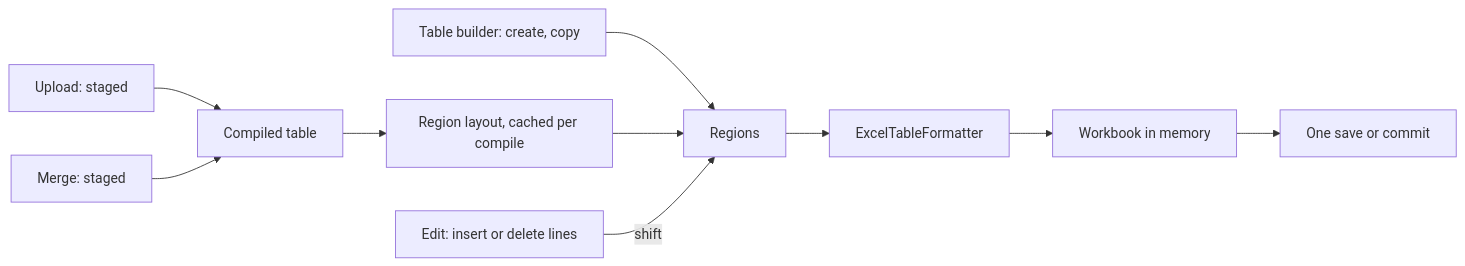
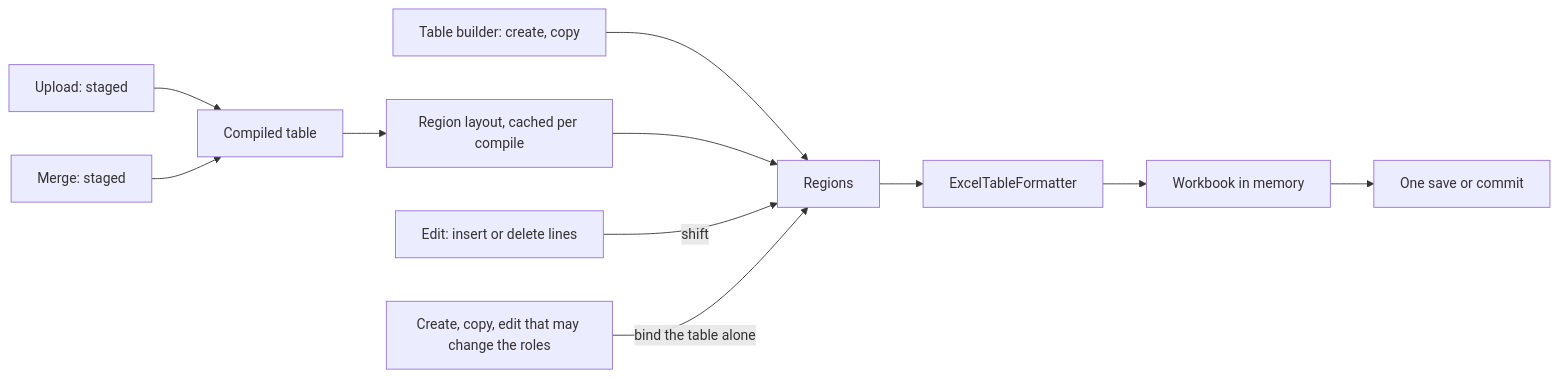
Before and after one commit to openl-tablets/openl-tablets: the second of 4 diagrams in Docs/architecture/table-formatting.md, drawn with Mermaid. The commit also changed other lines of this file and 326 other files, not shown here.

Commit message:
EPBDS-17222 Format a table in its compiled roles at its first save by binding it alone

````diff
--- a/Docs/architecture/table-formatting.md
+++ b/Docs/architecture/table-formatting.md
@@ -598,12 +599,13 @@
 ```mermaid
 flowchart LR
     C[Compiled table] --> L[Region layout, cached per compile]
     N[Table builder: create, copy] --> R[Regions]
     L --> R
     E[Edit: insert or delete lines] -->|shift| R
+    H[Create, copy, edit that may change the roles] -->|bind the table alone| R
     Up[Upload: staged] --> C
     Mg[Merge: staged] --> C
     R --> F[ExcelTableFormatter]
     F --> W[Workbook in memory]
     W --> S[One save or commit]
 ```
````
